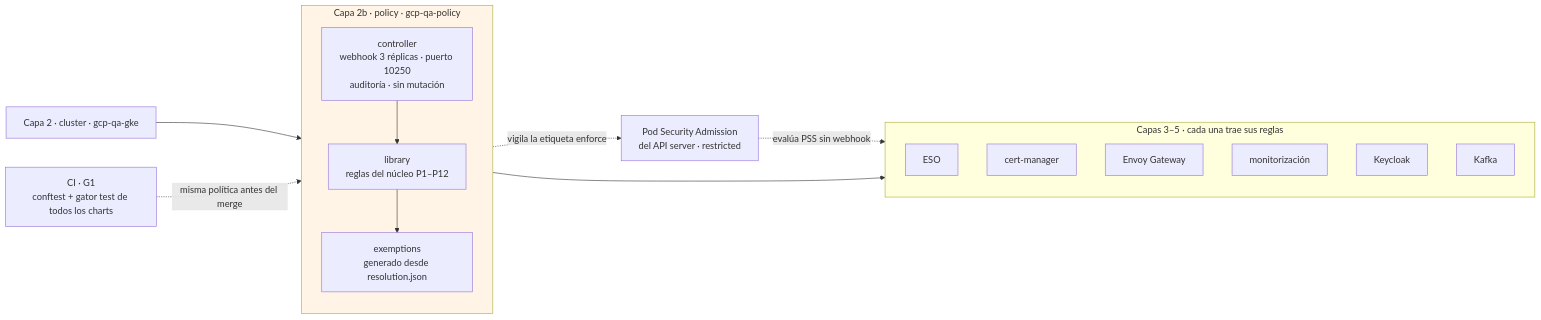
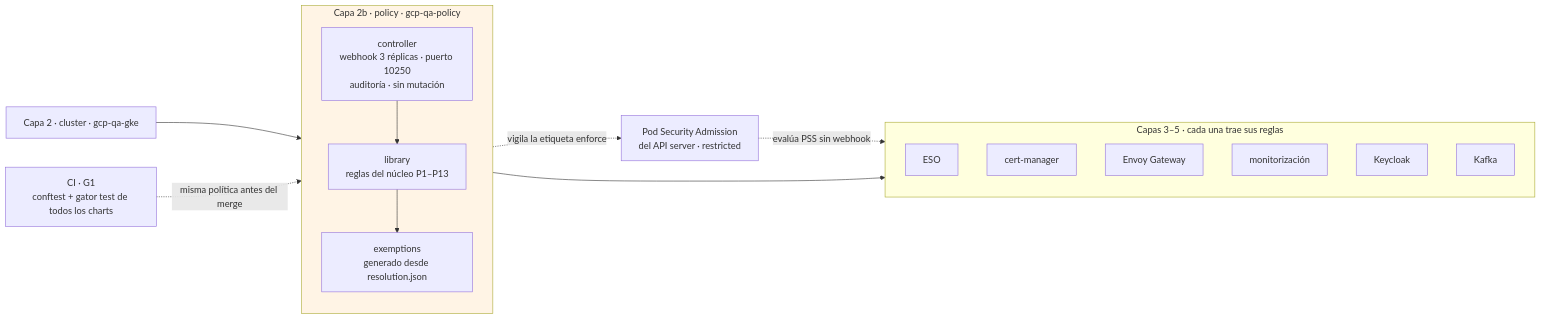
One commit to aescanero/proposal_documents changed the diagram in docs/es/proposals/gatekeeper-qa/diagrams/01-contexto.mmd. Above: the diagram before and after it, drawn with Mermaid. The commit also changed 23 other files, not shown here.

```diff
--- a/docs/es/proposals/gatekeeper-qa/diagrams/01-contexto.mmd
+++ b/docs/es/proposals/gatekeeper-qa/diagrams/01-contexto.mmd
@@ -1,28 +1,28 @@
 flowchart LR
     L2["Capa 2 · cluster · gcp-qa-gke"]
     subgraph L2B["Capa 2b · policy · gcp-qa-policy"]
         direction TB
         CTRL["controller<br/>webhook 3 réplicas · puerto 10250<br/>auditoría · sin mutación"]
-        LIB["library<br/>reglas del núcleo P1–P12"]
+        LIB["library<br/>reglas del núcleo P1–P13"]
         EXC["exemptions<br/>generado desde resolution.json"]
     end
     PSA["Pod Security Admission<br/>del API server · restricted"]
     subgraph L3["Capas 3–5 · cada una trae sus reglas"]
         direction TB
         ESO["ESO"]
         CM["cert-manager"]
         GW["Envoy Gateway"]
         MON["monitorización"]
         KC["Keycloak"]
         KF["Kafka"]
     end
     CI["CI · G1<br/>conftest + gator test de todos los charts"]
 
     L2 --> L2B
     L2B --> L3
     CTRL --> LIB --> EXC
     PSA -. "evalúa PSS sin webhook" .-> L3
     LIB -. "vigila la etiqueta enforce" .-> PSA
     CI -. "misma política antes del merge" .-> L2B
 
     style L2B fill:#fff4e5
```
